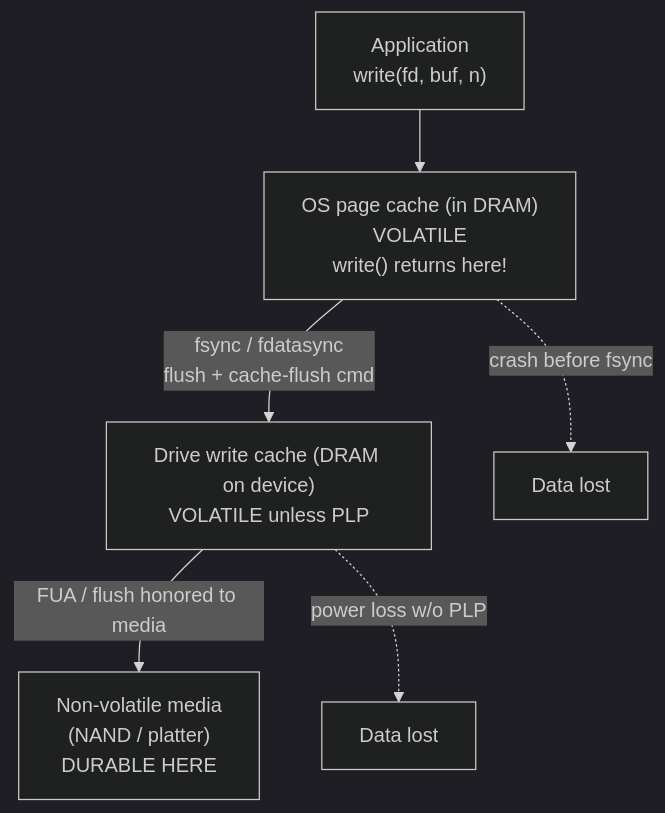
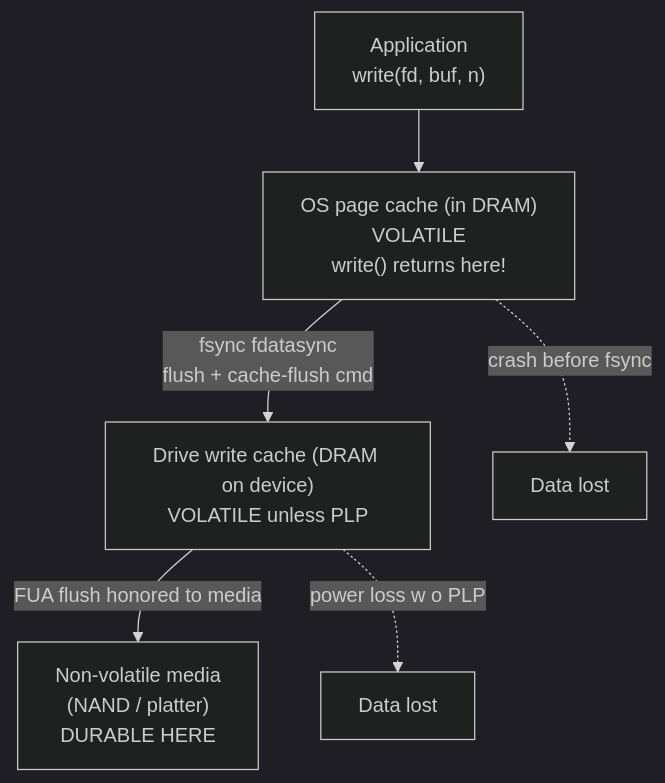
The eighth of 8 diagrams in vol-01-computer-architecture/ch05-storage-hardware.md (bumbsclaw/textbooks), drawn with Mermaid (dark theme) before and after one commit. The commit also changed other lines of this file and 173 other files, not shown here.

First line of the commit message:
fix(mermaid): close note brackets, semicolons in Notes, stateDiagram br -> dash, edge parens

````diff
--- a/vol-01-computer-architecture/ch05-storage-hardware.md
+++ b/vol-01-computer-architecture/ch05-storage-hardware.md
@@ -498,8 +498,8 @@
 ```mermaid
 flowchart TB
     APP["Application<br/>write(fd, buf, n)"] --> PC["OS page cache (in DRAM)<br/>VOLATILE<br/>write() returns here!"]
-    PC -->|"fsync / fdatasync<br/>flush + cache-flush cmd"| DC["Drive write cache (DRAM on device)<br/>VOLATILE unless PLP"]
-    DC -->|"FUA / flush honored to media"| MEDIA["Non-volatile media<br/>(NAND / platter)<br/>DURABLE HERE"]
-    DC -.->|"power loss w/o PLP"| LOST["Data lost"]
+    PC -->|"fsync fdatasync<br >flush + cache-flush cmd"| DC["Drive write cache (DRAM on device)<br/>VOLATILE unless PLP"]
+    DC -->|"FUA flush honored to media"| MEDIA["Non-volatile media<br/>(NAND / platter)<br/>DURABLE HERE"]
+    DC -.->|"power loss w o PLP"| LOST["Data lost"]
     PC -.->|"crash before fsync"| LOST2["Data lost"]
 ```
````
